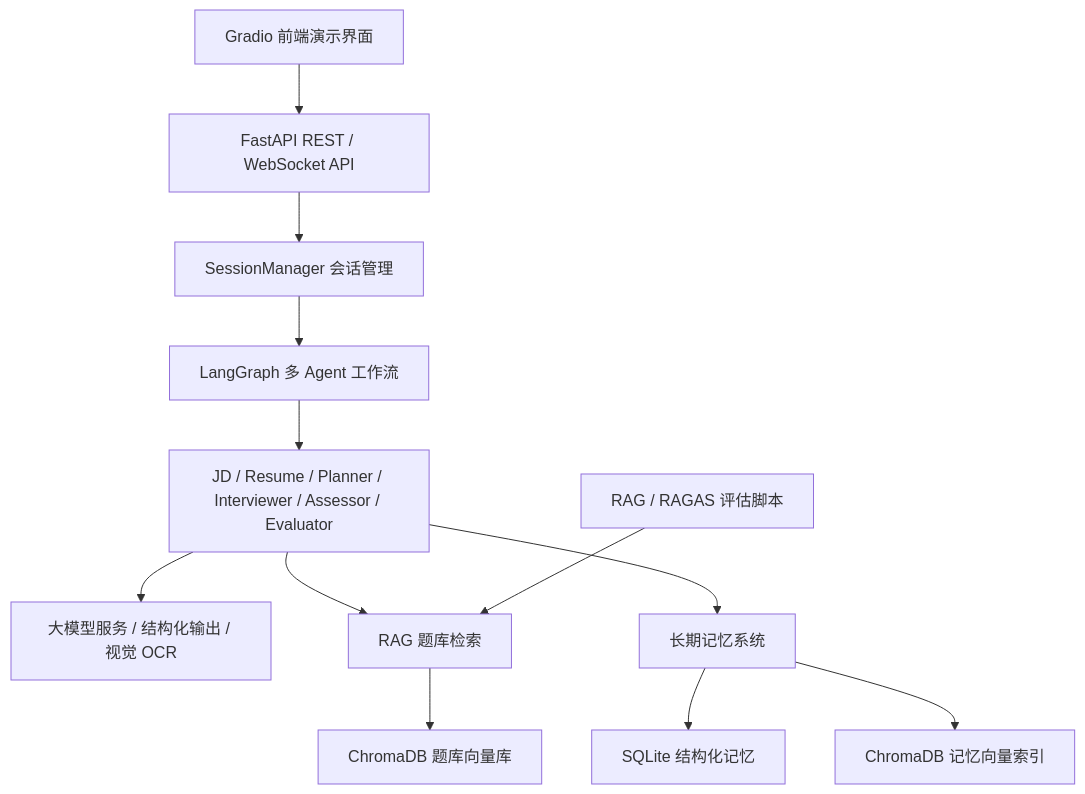
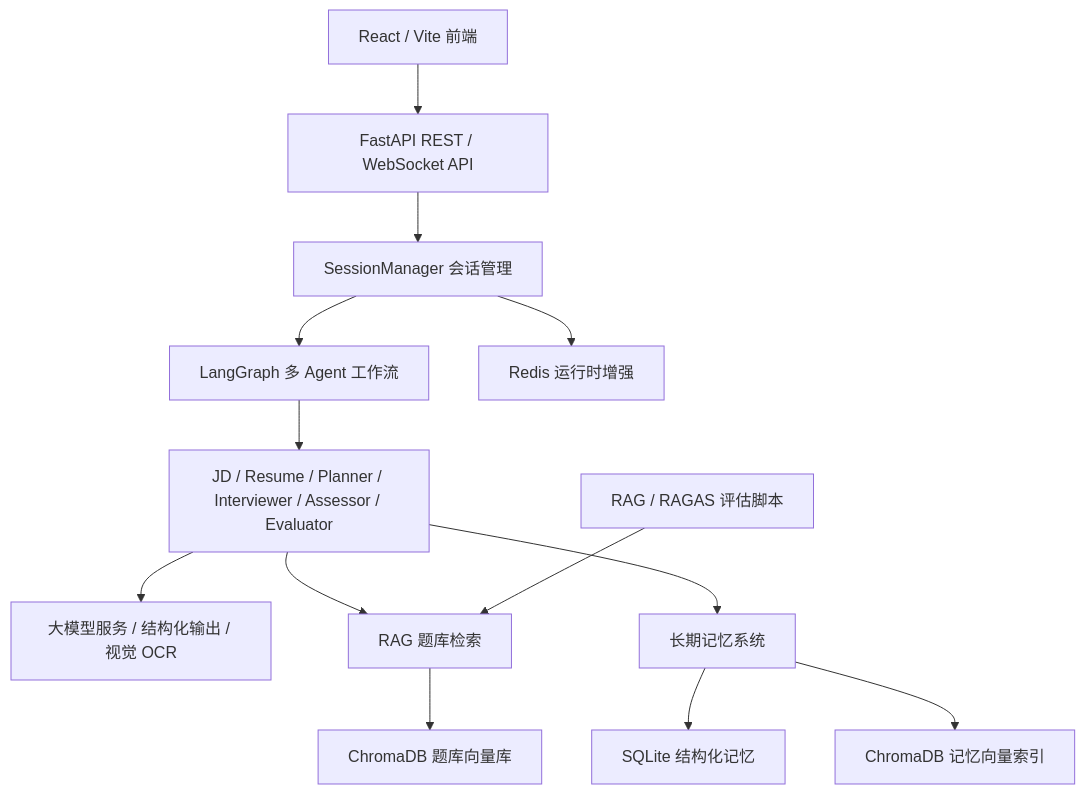
The first of 5 diagrams in docs/course_agent_project_report.md (han-dreamer/ai-mock-interview), drawn with Mermaid before and after one commit. The commit also changed other lines of this file and 2 other files, not shown here.

Commit message:
docs: update README and architecture to match current stack

````diff
--- a/docs/course_agent_project_report.md
+++ b/docs/course_agent_project_report.md
@@ -37,14 +37,15 @@
 ```mermaid
 flowchart TD
-    UI["Gradio 前端演示界面"] --> API["FastAPI REST / WebSocket API"]
+    UI["React / Vite 前端"] --> API["FastAPI REST / WebSocket API"]
     API --> Session["SessionManager 会话管理"]
     Session --> Graph["LangGraph 多 Agent 工作流"]
     Graph --> Agents["JD / Resume / Planner / Interviewer / Assessor / Evaluator"]
     Agents --> LLM["大模型服务 / 结构化输出 / 视觉 OCR"]
     Agents --> RAG["RAG 题库检索"]
     Agents --> Memory["长期记忆系统"]
     RAG --> ChromaQ["ChromaDB 题库向量库"]
     Memory --> SQLite["SQLite 结构化记忆"]
     Memory --> ChromaM["ChromaDB 记忆向量索引"]
+    Session --> Redis["Redis 运行时增强"]
     Eval["RAG / RAGAS 评估脚本"] --> RAG
 ```
````
